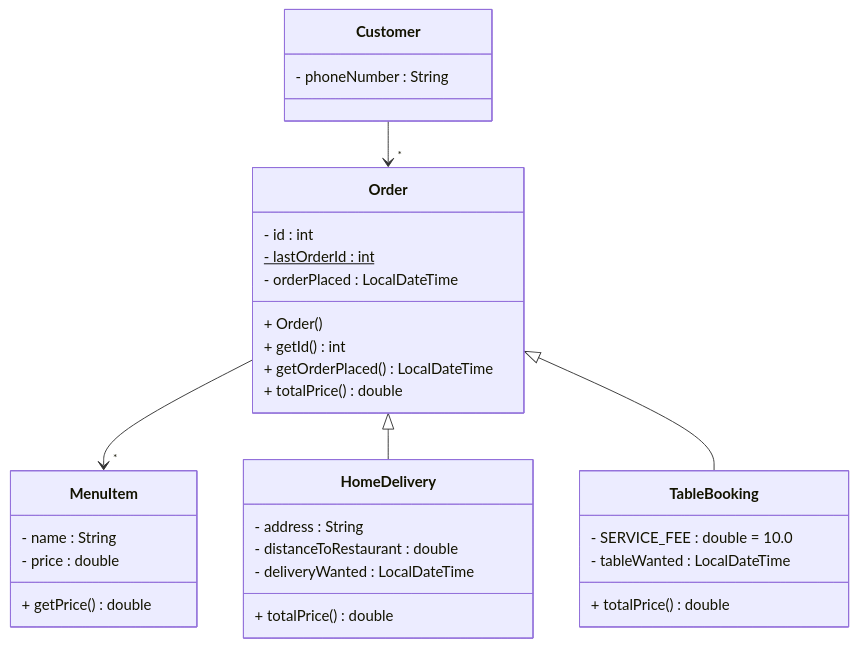
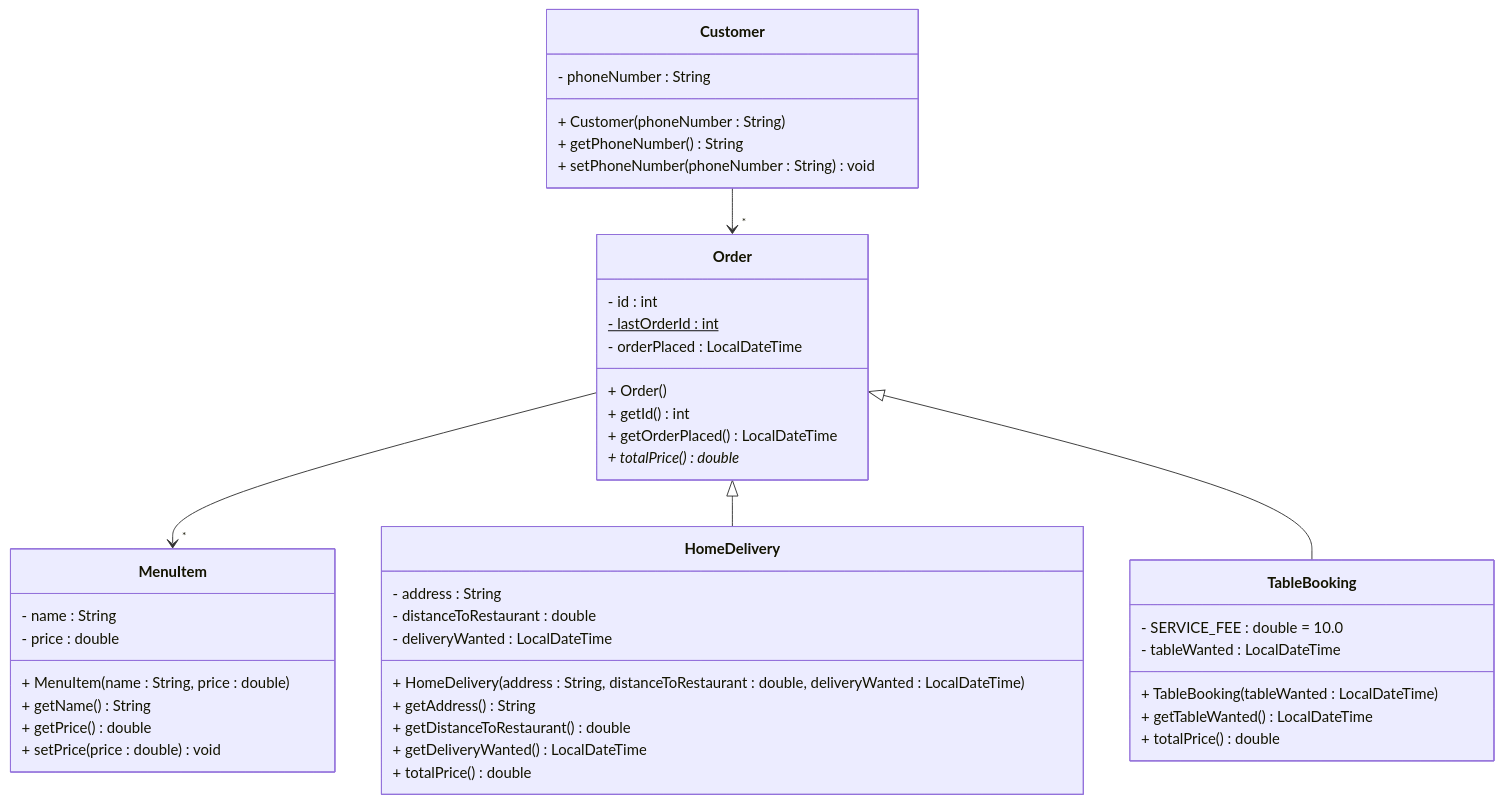
Before and after one commit to TroelsMortensen/Codelabs2: the diagram in Articles/Session 24 - Exam/006 Exercise 5 - Restaurant Orders.md, drawn with Mermaid. The commit also changed other lines of this file and 9 other files, not shown here.

````diff
--- a/Articles/Session 24 - Exam/006 Exercise 5 - Restaurant Orders.md
+++ b/Articles/Session 24 - Exam/006 Exercise 5 - Restaurant Orders.md
@@ -5,40 +5,52 @@
 ```mermaid
 classDiagram
     class Customer {
         - phoneNumber : String
+        + Customer(phoneNumber : String)
+        + getPhoneNumber() String
+        + setPhoneNumber(phoneNumber : String) void
     }
     
     class Order {
         - id : int
         - lastOrderId : int$
         - orderPlaced : LocalDateTime
         + Order()
         + getId() int
         + getOrderPlaced() LocalDateTime
-        + totalPrice() double
+        + totalPrice()* double
     }
     
     class MenuItem {
         - name : String
         - price : double
+        + MenuItem(name : String, price : double)
+        + getName() String
         + getPrice() double
+        + setPrice(price : double) void
     }
     
     class HomeDelivery {
         - address : String
         - distanceToRestaurant : double
         - deliveryWanted : LocalDateTime
+        + HomeDelivery(address : String, distanceToRestaurant : double, deliveryWanted : LocalDateTime)
+        + getAddress() String
+        + getDistanceToRestaurant() double
+        + getDeliveryWanted() LocalDateTime
         + totalPrice() double
     }
     
     class TableBooking {
         - SERVICE_FEE : double = 10.0
         - tableWanted : LocalDateTime
+        + TableBooking(tableWanted : LocalDateTime)
+        + getTableWanted() LocalDateTime
         + totalPrice() double
     }
     
     Customer --> "*" Order
     Order --> "*" MenuItem
     Order <|-- HomeDelivery
     Order <|-- TableBooking
 ```
````
